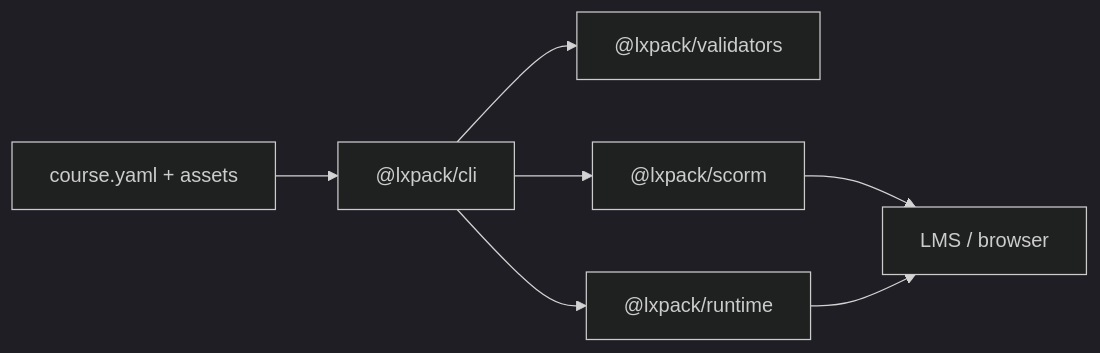
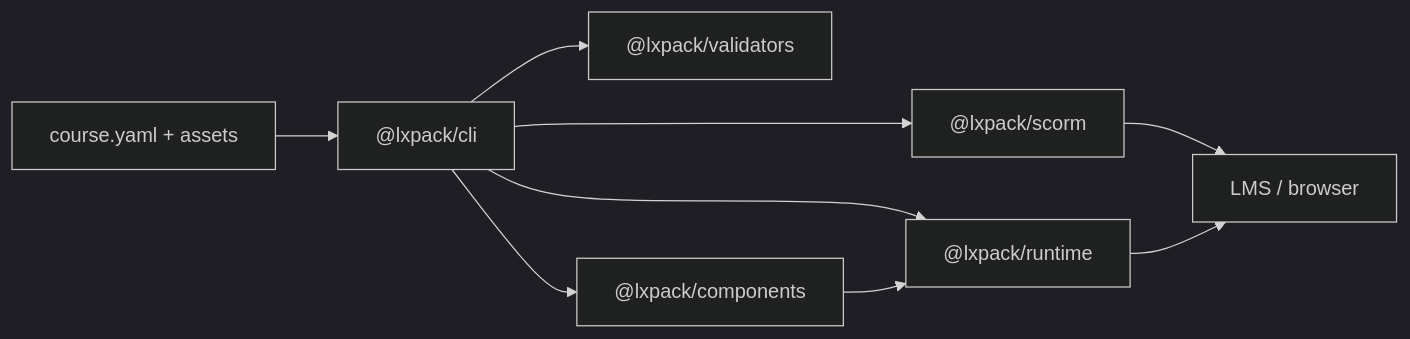
One commit to eddiethedean/lxpack changed the diagram in README.md. Above: the diagram before and after it, drawn with Mermaid (dark theme). The commit also changed other lines of this file and 6 other files, not shown here.

````diff
--- a/README.md
+++ b/README.md
@@ -163,16 +233,19 @@
 ```mermaid
 flowchart LR
   course["course.yaml + assets"]
   cli["@lxpack/cli"]
   validators["@lxpack/validators"]
+  components["@lxpack/components"]
   runtime["@lxpack/runtime"]
   scorm["@lxpack/scorm"]
   lms["LMS / browser"]
 
   course --> cli
   cli --> validators
+  cli --> components
   cli --> runtime
   cli --> scorm
   scorm --> lms
   runtime --> lms
+  components --> runtime
 ```
````
